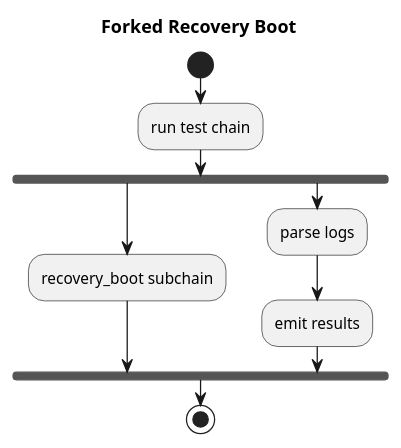
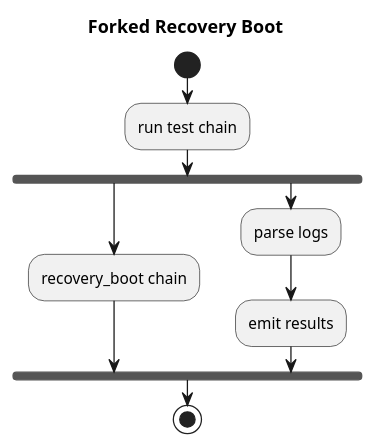
Before and after one commit to virtioso/autopilot: the diagram in docs/diagrams/fork-join-recovery.puml, drawn with PlantUML. The commit also changed 29 other files, not shown here.

```diff
--- a/docs/diagrams/fork-join-recovery.puml
+++ b/docs/diagrams/fork-join-recovery.puml
@@ -1,14 +1,14 @@
 @startuml
 title Forked Recovery Boot
 
 start
 :run test chain;
 fork
-  :recovery_boot subchain;
+  :recovery_boot chain;
 fork again
   :parse logs;
   :emit results;
 end fork
 stop
 
 @enduml
```
